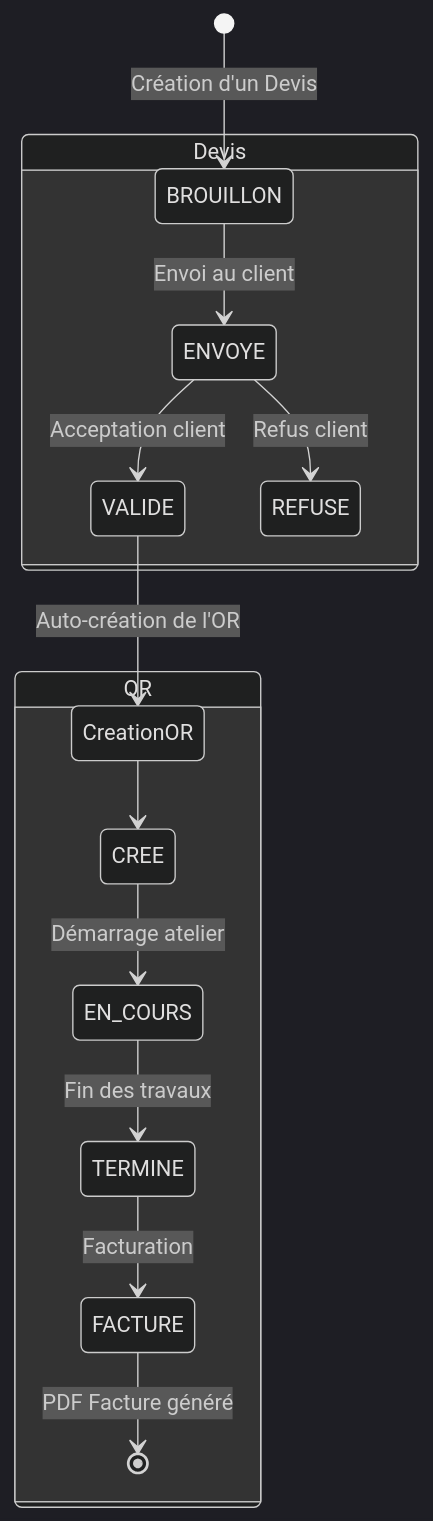
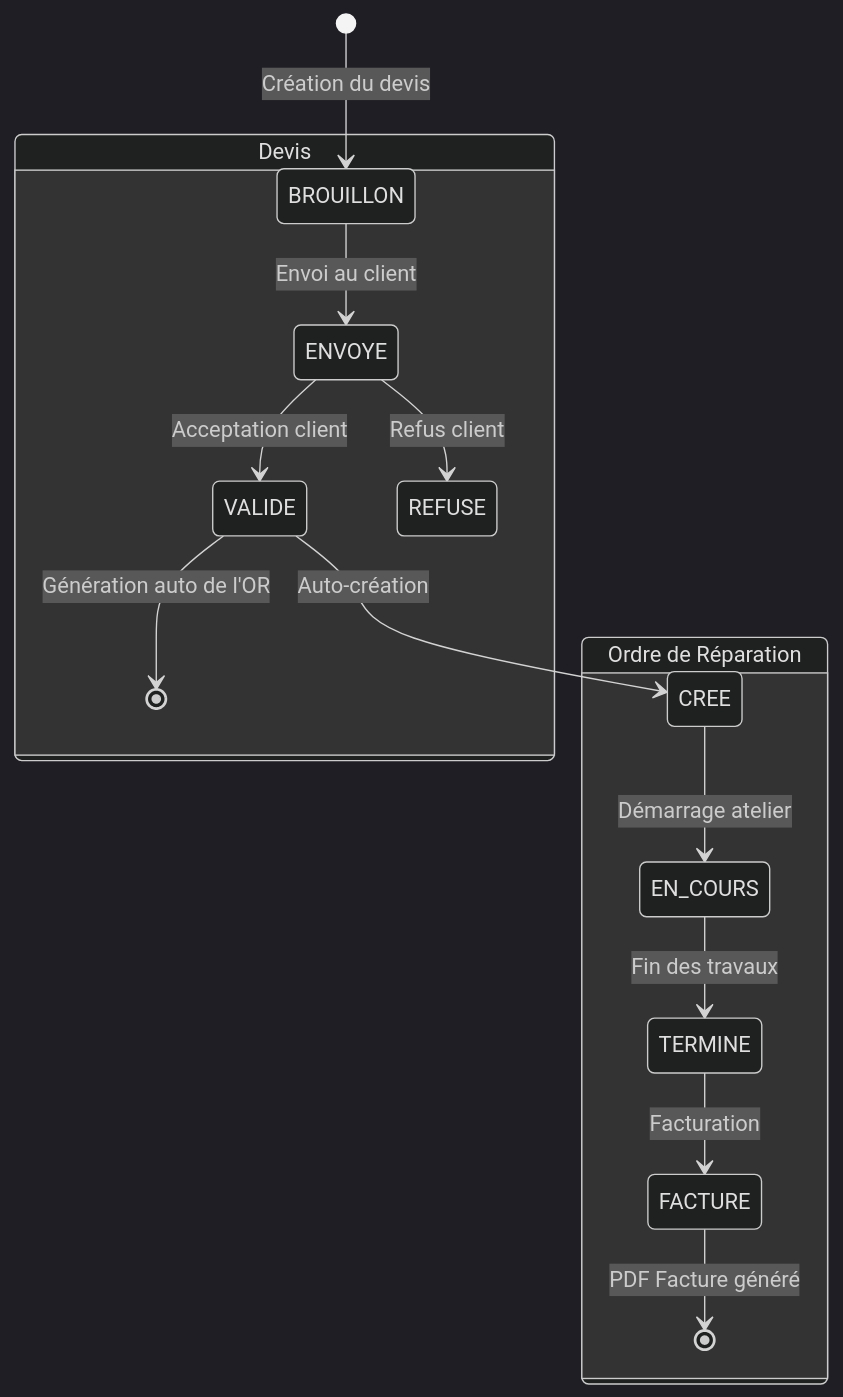
Before and after one commit to INF-IAGAILLARDROMAIN/nautilus: the second of 2 diagrams in docs/examen/dossier-projet/annexes/01-mcd/mcd-nautilus.md, drawn with Mermaid (dark theme). The commit also changed other lines of this file and 2 other files, not shown here.

````diff
--- a/docs/examen/dossier-projet/annexes/01-mcd/mcd-nautilus.md
+++ b/docs/examen/dossier-projet/annexes/01-mcd/mcd-nautilus.md
@@ -111,19 +114,28 @@
 ```mermaid
 stateDiagram-v2
-    [*] --> BROUILLON : Création d'un Devis
+    [*] --> DevisBrouillon : Création du devis
 
-    state Devis {
-        BROUILLON --> ENVOYE : Envoi au client
-        ENVOYE --> VALIDE : Acceptation client
-        ENVOYE --> REFUSE : Refus client
-        VALIDE --> CreationOR : Auto-création de l'OR
+    state "Devis" as Devis {
+        DevisBrouillon: BROUILLON
+        DevisEnvoye: ENVOYE
+        DevisValide: VALIDE
+        DevisRefuse: REFUSE
+        DevisBrouillon --> DevisEnvoye : Envoi au client
+        DevisEnvoye --> DevisValide : Acceptation client
+        DevisEnvoye --> DevisRefuse : Refus client
+        DevisValide --> [*] : Génération auto de l'OR
     }
 
-    state OR {
-        CreationOR --> CREE
-        CREE --> EN_COURS : Démarrage atelier
-        EN_COURS --> TERMINE : Fin des travaux
-        TERMINE --> FACTURE : Facturation
-        FACTURE --> [*] : PDF Facture généré
+    state "Ordre de Réparation" as OR {
+        OrCree: CREE
+        OrEnCours: EN_COURS
+        OrTermine: TERMINE
+        OrFacture: FACTURE
+        OrCree --> OrEnCours : Démarrage atelier
+        OrEnCours --> OrTermine : Fin des travaux
+        OrTermine --> OrFacture : Facturation
+        OrFacture --> [*] : PDF Facture généré
     }
+
+    DevisValide --> OrCree : Auto-création
 ```
````
